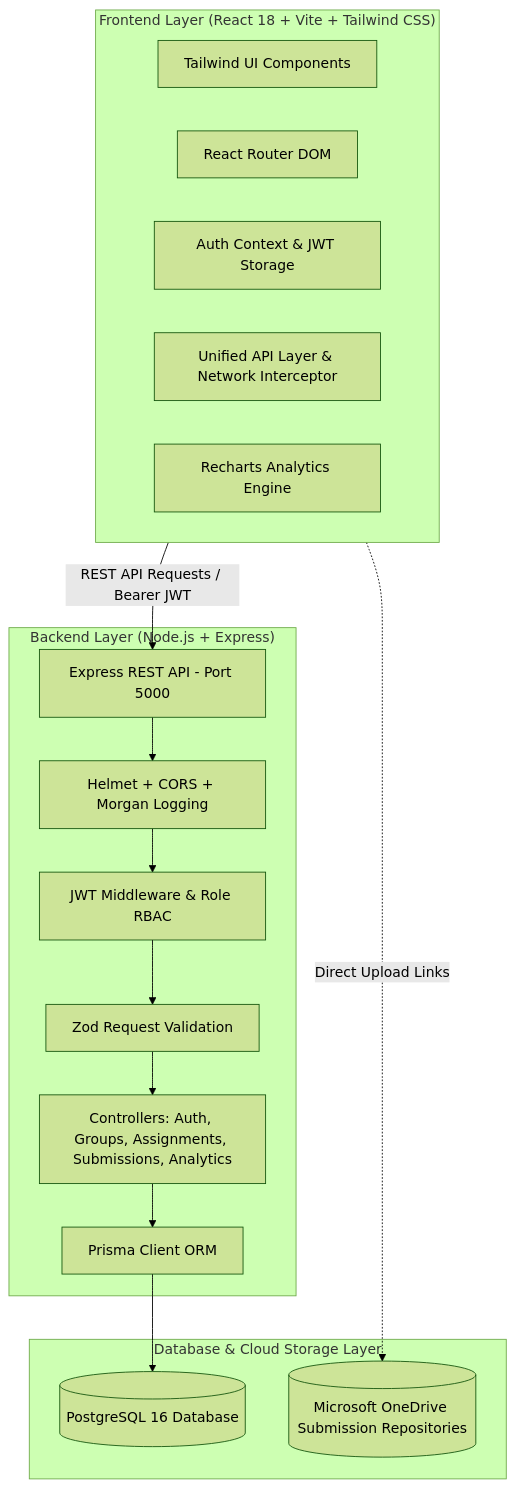
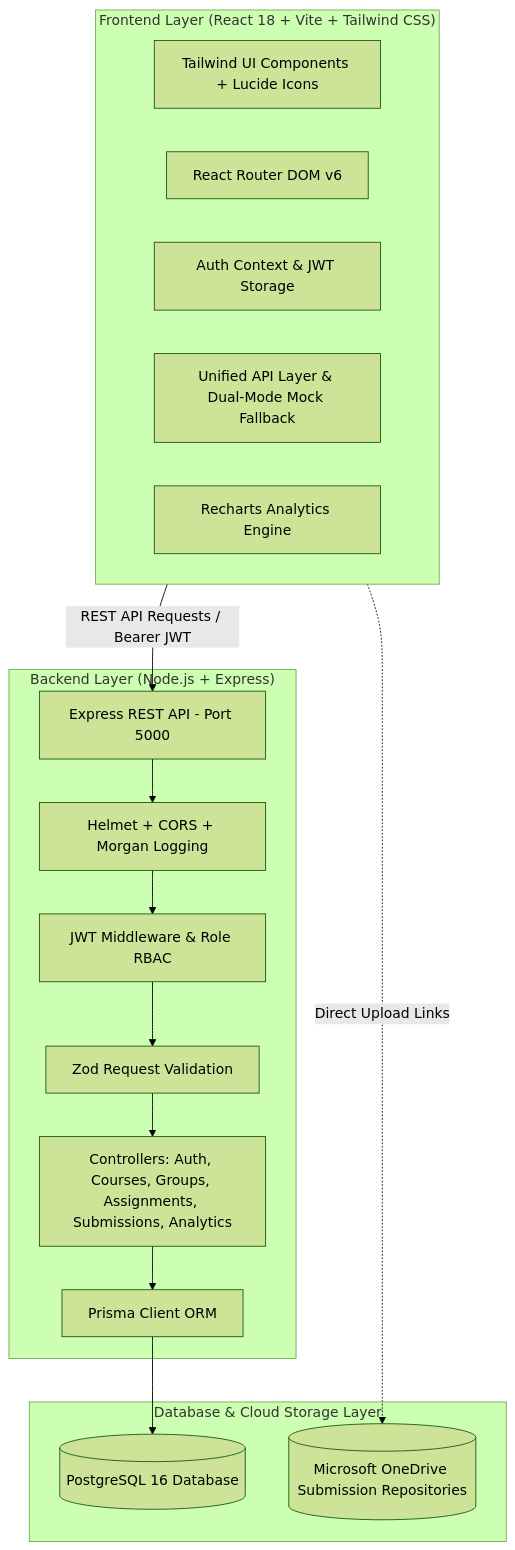
One commit to jyoti12-patil/Join-Eazy changed the diagram in README.md. Above: the diagram before and after it, drawn with Mermaid (forest theme). The commit also changed other lines of this file and 39 other files, not shown here.

Commit message:
Fix end-to-end flows: course CRUD, individual/group submission verification, OneDrive tracking, UI components and timezone handling

````diff
--- a/README.md
+++ b/README.md
@@ -35,33 +39,33 @@
 ```mermaid
 graph TB
     subgraph Client["Frontend Layer (React 18 + Vite + Tailwind CSS)"]
-        UI[Tailwind UI Components]
-        Router[React Router DOM]
+        UI[Tailwind UI Components + Lucide Icons]
+        Router[React Router DOM v6]
         AuthCtx[Auth Context & JWT Storage]
-        APIClient[Unified API Layer & Network Interceptor]
+        APIClient[Unified API Layer & Dual-Mode Mock Fallback]
         Charts[Recharts Analytics Engine]
     end
 
     subgraph Server["Backend Layer (Node.js + Express)"]
         ExpressApp[Express REST API - Port 5000]
         Security[Helmet + CORS + Morgan Logging]
         JWTAuth[JWT Middleware & Role RBAC]
         ZodVal[Zod Request Validation]
-        Controllers[Controllers: Auth, Groups, Assignments, Submissions, Analytics]
+        Controllers[Controllers: Auth, Courses, Groups, Assignments, Submissions, Analytics]
         PrismaORM[Prisma Client ORM]
     end
 
     subgraph Storage["Database & Cloud Storage Layer"]
         Postgres[(PostgreSQL 16 Database)]
         OneDrive[(Microsoft OneDrive Submission Repositories)]
     end
 
     Client -->|REST API Requests / Bearer JWT| ExpressApp
     ExpressApp --> Security
     Security --> JWTAuth
     JWTAuth --> ZodVal
     ZodVal --> Controllers
     Controllers --> PrismaORM
     PrismaORM --> Postgres
     Client -.->|Direct Upload Links| OneDrive
 ```
````
